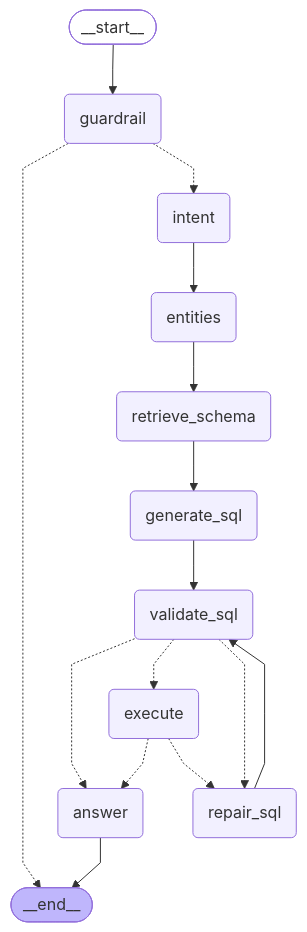
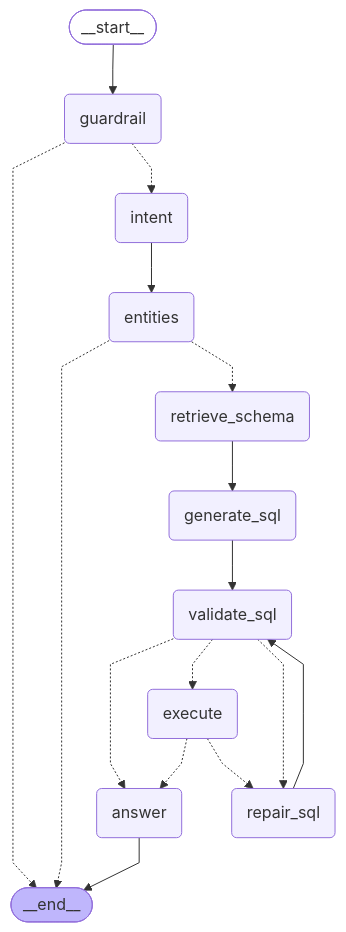
The diagram in docs/graph.mmd (mianzaman/finquery-agent), drawn with Mermaid before and after one commit. The commit also changed 30 other files, not shown here.

```diff
--- a/docs/graph.mmd
+++ b/docs/graph.mmd
@@ -1,34 +1,35 @@
 ---
 config:
   flowchart:
     curve: linear
 ---
 graph TD;
 	__start__([<p>__start__</p>]):::first
 	guardrail(guardrail)
 	intent(intent)
 	entities(entities)
 	retrieve_schema(retrieve_schema)
 	generate_sql(generate_sql)
 	validate_sql(validate_sql)
 	execute(execute)
 	repair_sql(repair_sql)
 	answer(answer)
 	__end__([<p>__end__</p>]):::last
 	__start__ --> guardrail;
-	entities --> retrieve_schema;
+	entities -.-> __end__;
+	entities -.-> retrieve_schema;
 	execute -.-> answer;
 	execute -.-> repair_sql;
 	generate_sql --> validate_sql;
 	guardrail -.-> __end__;
 	guardrail -.-> intent;
 	intent --> entities;
 	repair_sql --> validate_sql;
 	retrieve_schema --> generate_sql;
 	validate_sql -.-> answer;
 	validate_sql -.-> execute;
 	validate_sql -.-> repair_sql;
 	answer --> __end__;
 	classDef default fill:#f2f0ff,line-height:1.2
 	classDef first fill-opacity:0
 	classDef last fill:#bfb6fc
```
